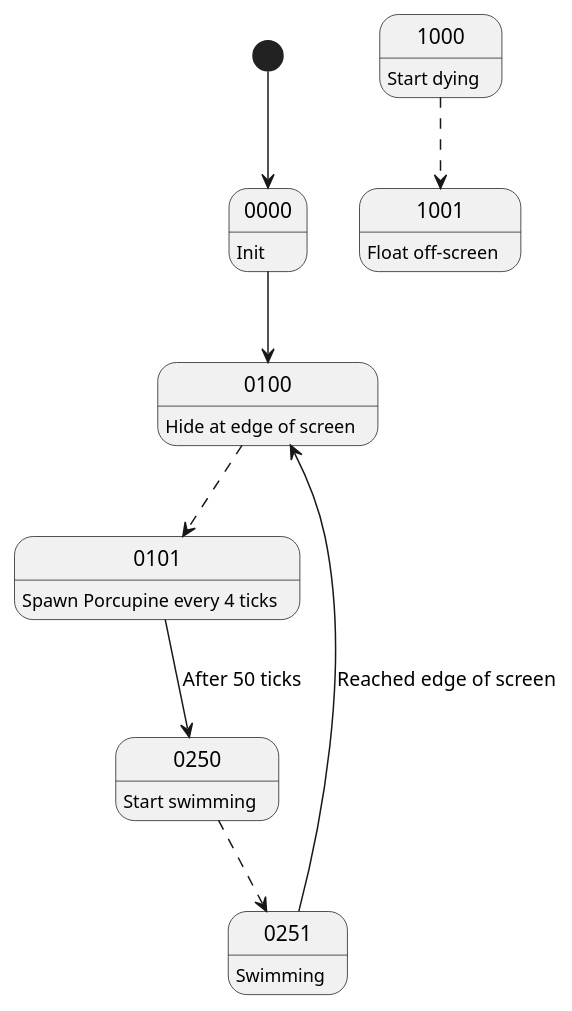
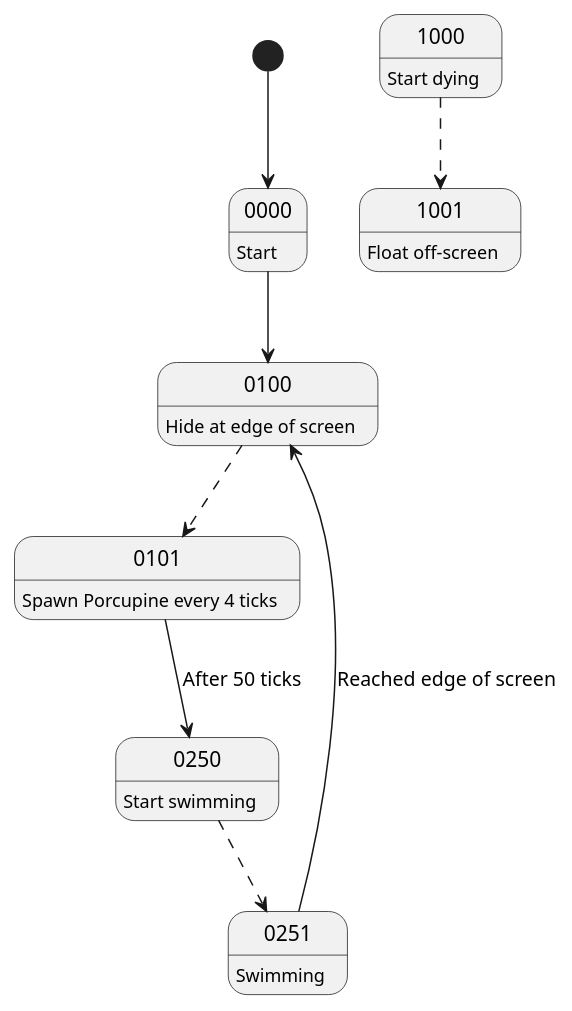
The diagram in BOA/Boss 5 - Ironhead.wsd (CaveStoryModdingCommunity/ANP-Graphs), drawn with PlantUML before and after one commit.

Commit message:
Testing a fix

```diff
--- a/BOA/Boss 5 - Ironhead.wsd
+++ b/BOA/Boss 5 - Ironhead.wsd
@@ -1,25 +1,25 @@
 @startuml Boss 5 - Ironhead
 [*] --> 0000
 
-0000: Init
+0000: Start
 0000 --> 0100
 
 0100: Hide at edge of screen
 0100 -[dashed]-> 0101
 
 0101: Spawn Porcupine every 4 ticks
 0101 --> 0250 : After 50 ticks
 
 0250: Start swimming
 0250 -[dashed]-> 0251
 
 0251: Swimming
 0251 --> 0100 : Reached edge of screen
 
 1000: Start dying
 1000 -[dashed]-> 1001
 
 1001: Float off-screen
 
 
 @enduml
```
